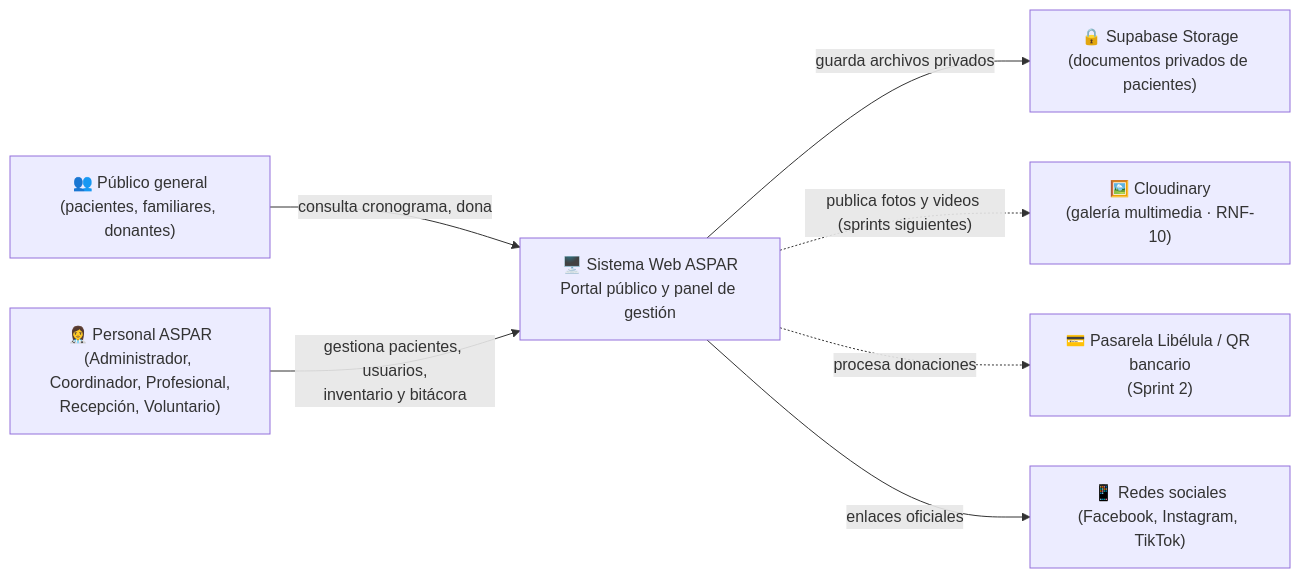
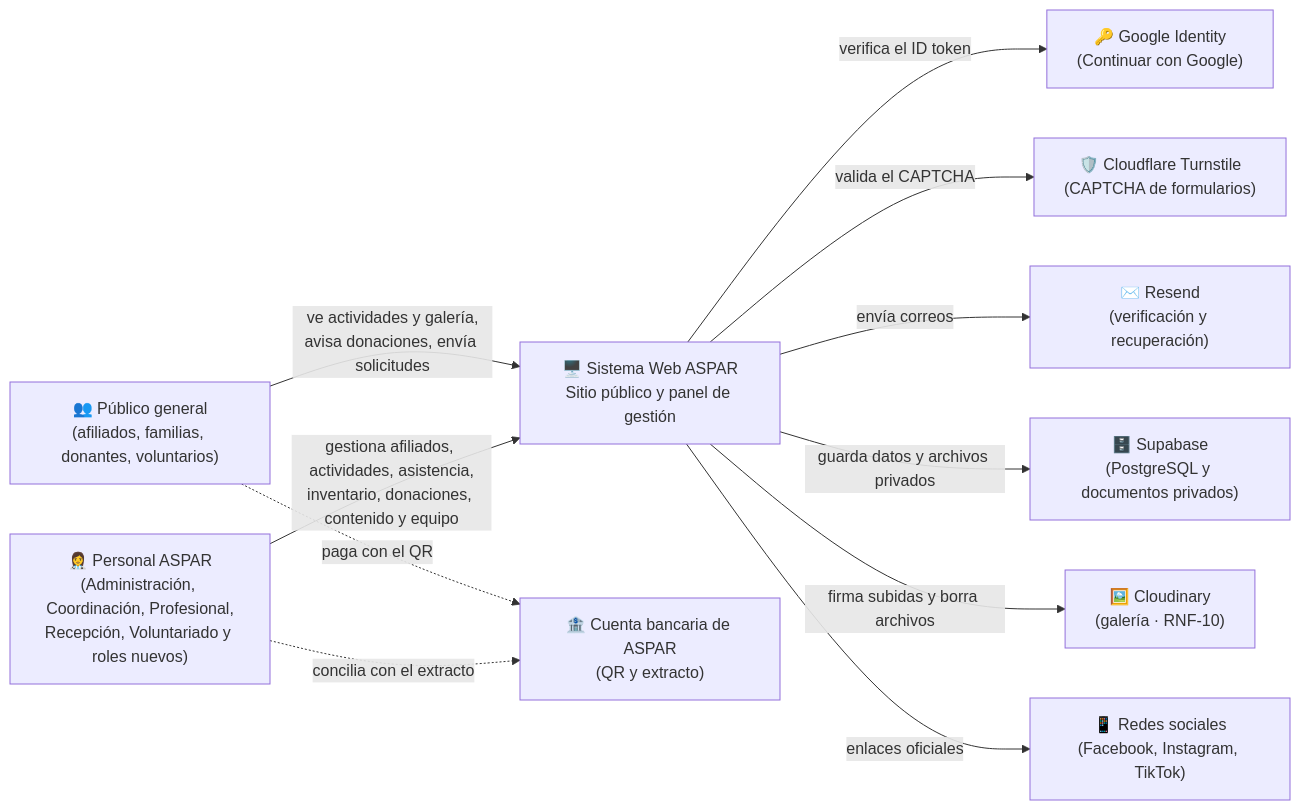
One commit to Joserppz/soluna-solutions changed the first of 6 diagrams in docs/arquitectura/C4_Y_MODELO_ER_ACTUALIZADO.md. Above: the diagram before and after it, drawn with Mermaid. The commit also changed other lines of this file and 9 other files, not shown here.

````diff
--- a/docs/arquitectura/C4_Y_MODELO_ER_ACTUALIZADO.md
+++ b/docs/arquitectura/C4_Y_MODELO_ER_ACTUALIZADO.md
@@ -16,17 +20,25 @@
 ```mermaid
 flowchart LR
-    publico["👥 Público general<br/>(pacientes, familiares, donantes)"]
-    personal["👩‍⚕️ Personal ASPAR<br/>(Administrador, Coordinador, Profesional,<br/>Recepción, Voluntario)"]
-    sistema["🖥️ Sistema Web ASPAR<br/>Portal público y panel de gestión"]
-    storage["🔒 Supabase Storage<br/>(documentos privados de pacientes)"]
-    cloudinary["🖼️ Cloudinary<br/>(galería multimedia · RNF-10)"]
-    pagos["💳 Pasarela Libélula / QR bancario<br/>(Sprint 2)"]
+    publico["👥 Público general<br/>(afiliados, familias, donantes, voluntarios)"]
+    personal["👩‍⚕️ Personal ASPAR<br/>(Administración, Coordinación, Profesional,<br/>Recepción, Voluntariado y roles nuevos)"]
+    sistema["🖥️ Sistema Web ASPAR<br/>Sitio público y panel de gestión"]
+
+    google["🔑 Google Identity<br/>(Continuar con Google)"]
+    turnstile["🛡️ Cloudflare Turnstile<br/>(CAPTCHA de formularios)"]
+    resend["✉️ Resend<br/>(verificación y recuperación)"]
+    supabase["🗄️ Supabase<br/>(PostgreSQL y documentos privados)"]
+    cloudinary["🖼️ Cloudinary<br/>(galería · RNF-10)"]
+    banco["🏦 Cuenta bancaria de ASPAR<br/>(QR y extracto)"]
     redes["📱 Redes sociales<br/>(Facebook, Instagram, TikTok)"]
 
-    publico -- "consulta cronograma, dona" --> sistema
-    personal -- "gestiona pacientes, usuarios,<br/>inventario y bitácora" --> sistema
-    sistema -- "guarda archivos privados" --> storage
-    sistema -. "publica fotos y videos (sprints siguientes)" .-> cloudinary
-    sistema -. "procesa donaciones" .-> pagos
+    publico -- "ve actividades y galería,<br/>avisa donaciones, envía solicitudes" --> sistema
+    personal -- "gestiona afiliados, actividades, asistencia,<br/>inventario, donaciones, contenido y equipo" --> sistema
+    publico -. "paga con el QR" .-> banco
+    sistema -- "verifica el ID token" --> google
+    sistema -- "valida el CAPTCHA" --> turnstile
+    sistema -- "envía correos" --> resend
+    sistema -- "guarda datos y archivos privados" --> supabase
+    sistema -- "firma subidas y borra archivos" --> cloudinary
+    personal -. "concilia con el extracto" .-> banco
     sistema -- "enlaces oficiales" --> redes
 ```
````
